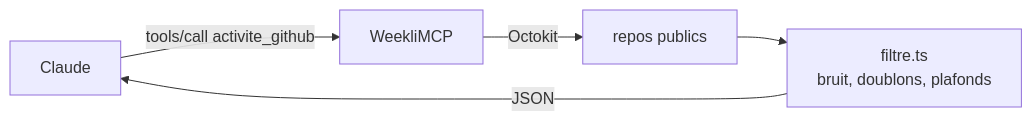
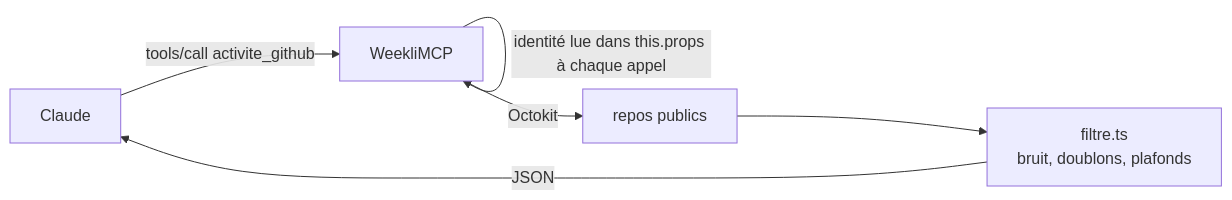
Before and after one commit to Souf-F/weekli: the third of 8 diagrams in docs/architecture.md, drawn with Mermaid. The commit also changed other lines of this file and 288 other files, not shown here.

````diff
--- a/docs/architecture.md
+++ b/docs/architecture.md
@@ -62,7 +67,8 @@
 ```mermaid
 flowchart LR
     C[Claude] -->|tools/call activite_github| M[WeekliMCP]
+    M -->|identité lue dans this.props à chaque appel| M
     M -->|Octokit| L[repos publics]
     L --> F[filtre.ts<br/>bruit, doublons, plafonds]
     F -->|JSON| C
 ```
````
